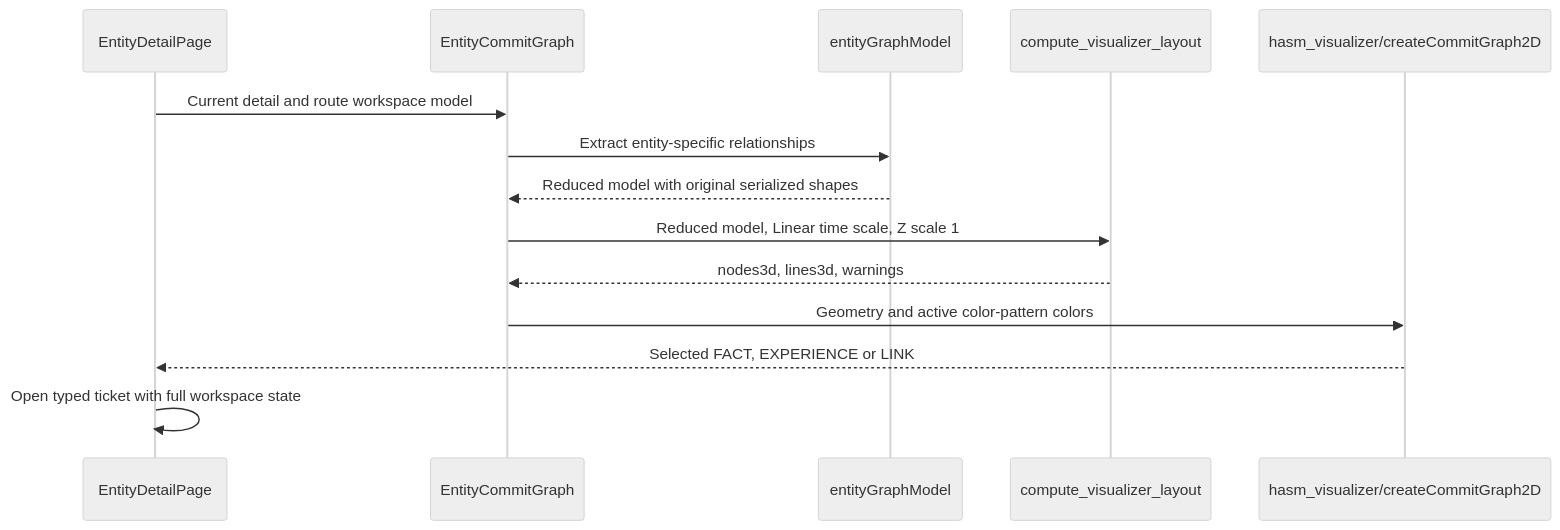
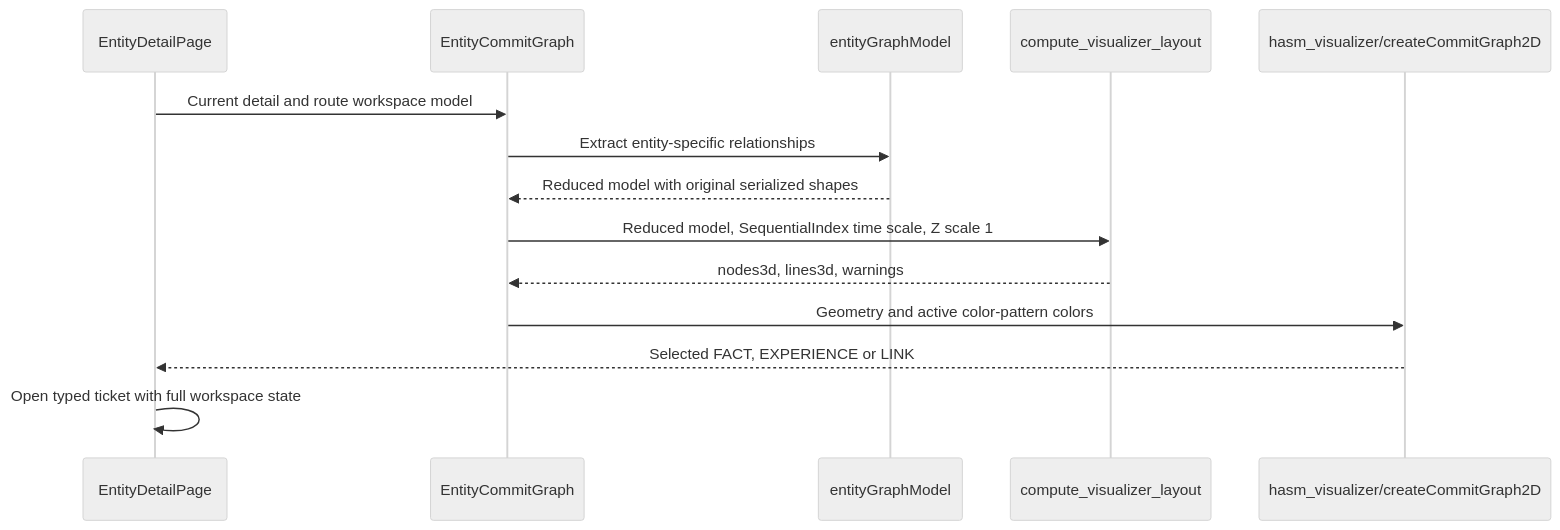
One commit to HibiyaHaraki/hasm changed the first of 6 diagrams in docs/arch/13-SEQ-04_Entity_Editing.md. Above: the diagram before and after it, drawn with Mermaid (neutral theme). The commit also changed other lines of this file and 6 other files, not shown here.

Commit message:
Visualize 2D sequential index on entity detail page

````diff
--- a/docs/arch/13-SEQ-04_Entity_Editing.md
+++ b/docs/arch/13-SEQ-04_Entity_Editing.md
@@ -42,16 +42,16 @@
 ```mermaid
 sequenceDiagram
     participant Ticket as EntityDetailPage
     participant Graph as EntityCommitGraph
     participant Extract as entityGraphModel
     participant IPC as compute_visualizer_layout
     participant Renderer as hasm_visualizer/createCommitGraph2D
     Ticket->>Graph: Current detail and route workspace model
     Graph->>Extract: Extract entity-specific relationships
     Extract-->>Graph: Reduced model with original serialized shapes
-    Graph->>IPC: Reduced model, Linear time scale, Z scale 1
+    Graph->>IPC: Reduced model, SequentialIndex time scale, Z scale 1
     IPC-->>Graph: nodes3d, lines3d, warnings
     Graph->>Renderer: Geometry and active color-pattern colors
     Renderer-->>Ticket: Selected FACT, EXPERIENCE or LINK
     Ticket->>Ticket: Open typed ticket with full workspace state
 ```
````
